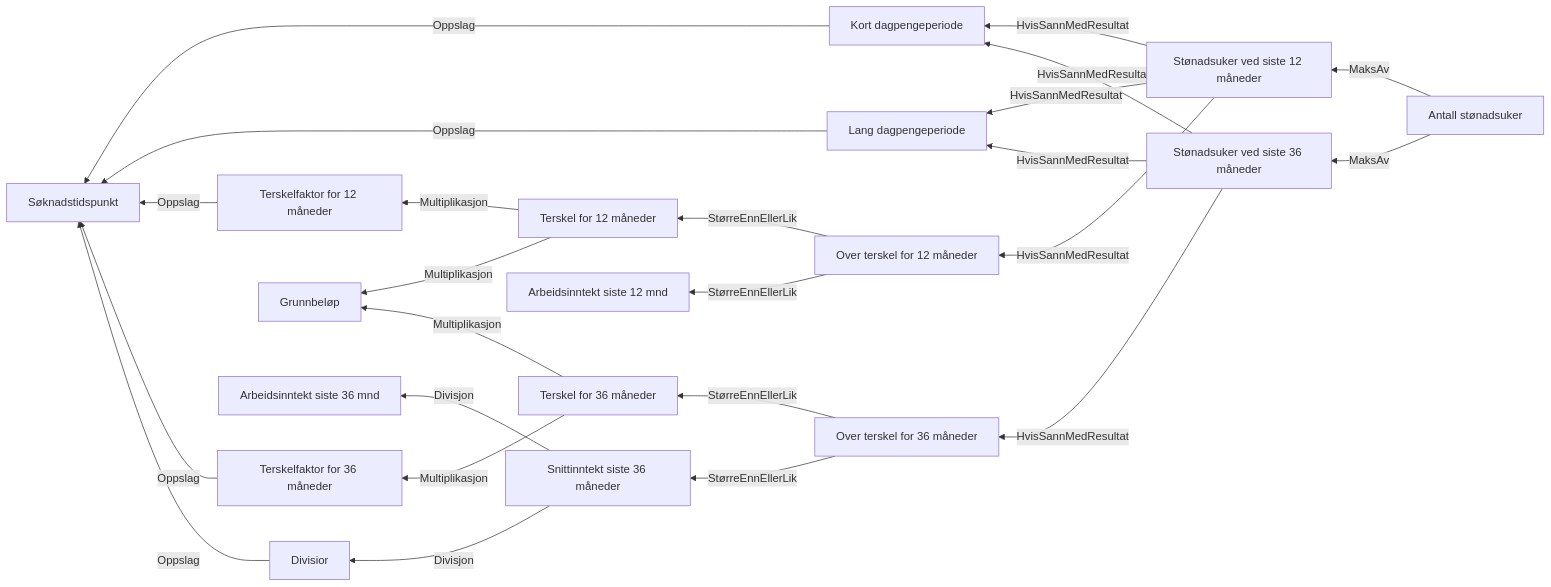
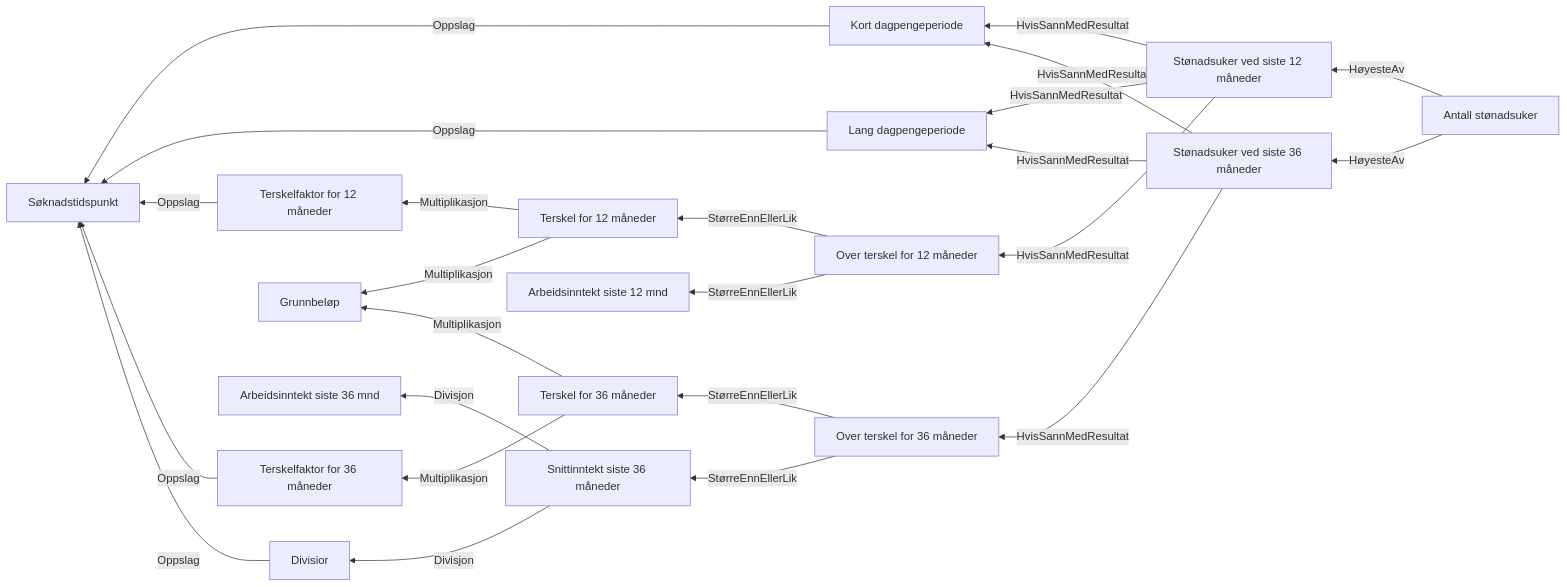
One commit to navikt/dp-vedtak changed the diagram in docs/regler/§ 4-15 Antall stønadsuker, stønadsperiode.approved.md. Above: the diagram before and after it, drawn with Mermaid. The commit also changed 2 other files, not shown here.

Commit message:
MaksAv -> HøyesteAv regel

````diff
--- a/docs/regler/§ 4-15 Antall stønadsuker, stønadsperiode.approved.md
+++ b/docs/regler/§ 4-15 Antall stønadsuker, stønadsperiode.approved.md
@@ -5,26 +5,26 @@
 ```mermaid
 graph RL
   A["Kort dagpengeperiode"] -->|"Oppslag"| B["Søknadstidspunkt"]
   C["Lang dagpengeperiode"] -->|"Oppslag"| B["Søknadstidspunkt"]
   D["Terskelfaktor for 12 måneder"] -->|"Oppslag"| B["Søknadstidspunkt"]
   E["Terskelfaktor for 36 måneder"] -->|"Oppslag"| B["Søknadstidspunkt"]
   F["Divisior"] -->|"Oppslag"| B["Søknadstidspunkt"]
   G["Terskel for 12 måneder"] -->|"Multiplikasjon"| D["Terskelfaktor for 12 måneder"]
   G["Terskel for 12 måneder"] -->|"Multiplikasjon"| H["Grunnbeløp"]
   I["Terskel for 36 måneder"] -->|"Multiplikasjon"| E["Terskelfaktor for 36 måneder"]
   I["Terskel for 36 måneder"] -->|"Multiplikasjon"| H["Grunnbeløp"]
   J["Snittinntekt siste 36 måneder"] -->|"Divisjon"| K["Arbeidsinntekt siste 36 mnd"]
   J["Snittinntekt siste 36 måneder"] -->|"Divisjon"| F["Divisior"]
   L["Over terskel for 12 måneder"] -->|"StørreEnnEllerLik"| M["Arbeidsinntekt siste 12 mnd"]
   L["Over terskel for 12 måneder"] -->|"StørreEnnEllerLik"| G["Terskel for 12 måneder"]
   N["Over terskel for 36 måneder"] -->|"StørreEnnEllerLik"| J["Snittinntekt siste 36 måneder"]
   N["Over terskel for 36 måneder"] -->|"StørreEnnEllerLik"| I["Terskel for 36 måneder"]
   O["Stønadsuker ved siste 12 måneder"] -->|"HvisSannMedResultat"| L["Over terskel for 12 måneder"]
   O["Stønadsuker ved siste 12 måneder"] -->|"HvisSannMedResultat"| C["Lang dagpengeperiode"]
   O["Stønadsuker ved siste 12 måneder"] -->|"HvisSannMedResultat"| A["Kort dagpengeperiode"]
   P["Stønadsuker ved siste 36 måneder"] -->|"HvisSannMedResultat"| N["Over terskel for 36 måneder"]
   P["Stønadsuker ved siste 36 måneder"] -->|"HvisSannMedResultat"| C["Lang dagpengeperiode"]
   P["Stønadsuker ved siste 36 måneder"] -->|"HvisSannMedResultat"| A["Kort dagpengeperiode"]
-  Q["Antall stønadsuker"] -->|"MaksAv"| O["Stønadsuker ved siste 12 måneder"]
-  Q["Antall stønadsuker"] -->|"MaksAv"| P["Stønadsuker ved siste 36 måneder"]
+  Q["Antall stønadsuker"] -->|"HøyesteAv"| O["Stønadsuker ved siste 12 måneder"]
+  Q["Antall stønadsuker"] -->|"HøyesteAv"| P["Stønadsuker ved siste 36 måneder"]
 ```
````
